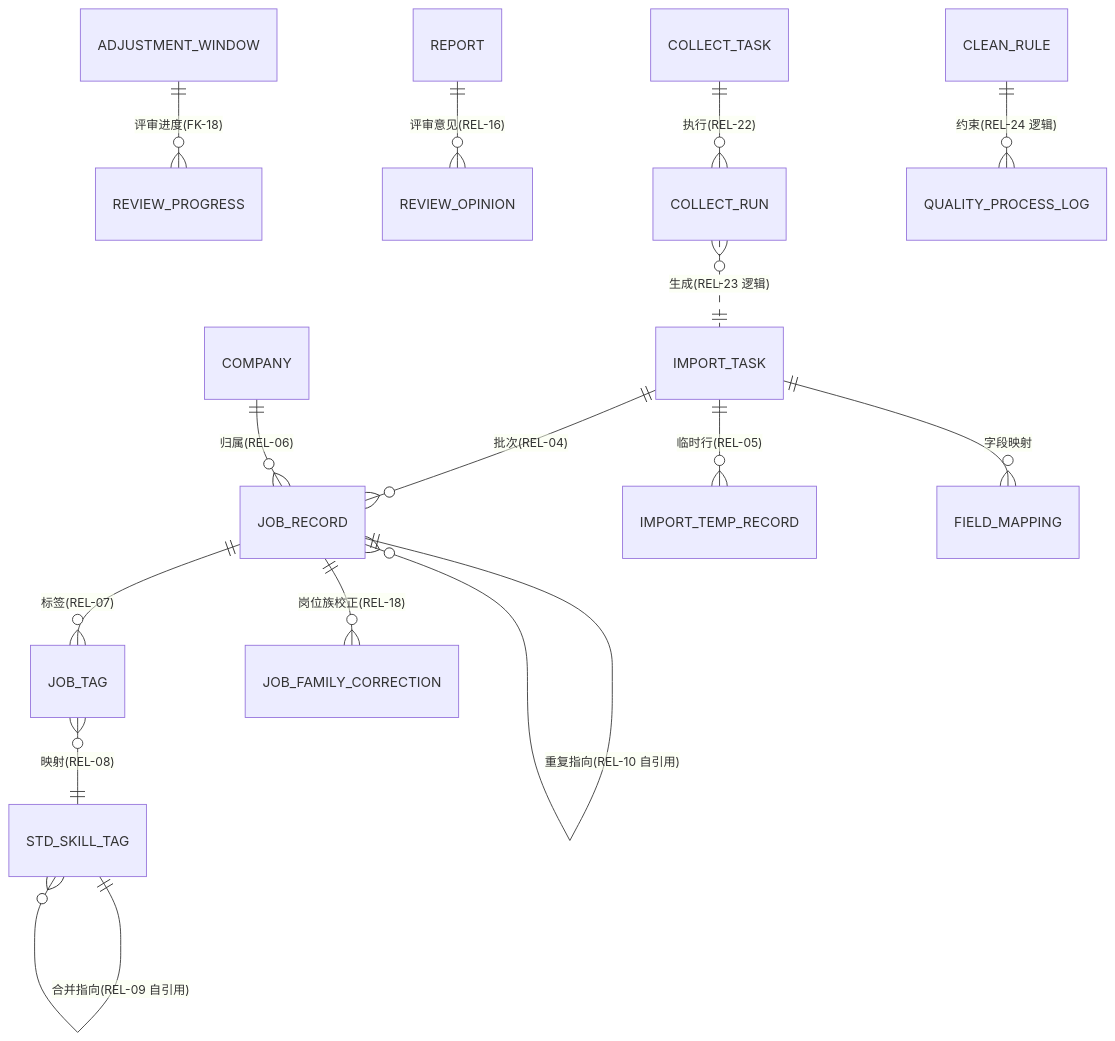
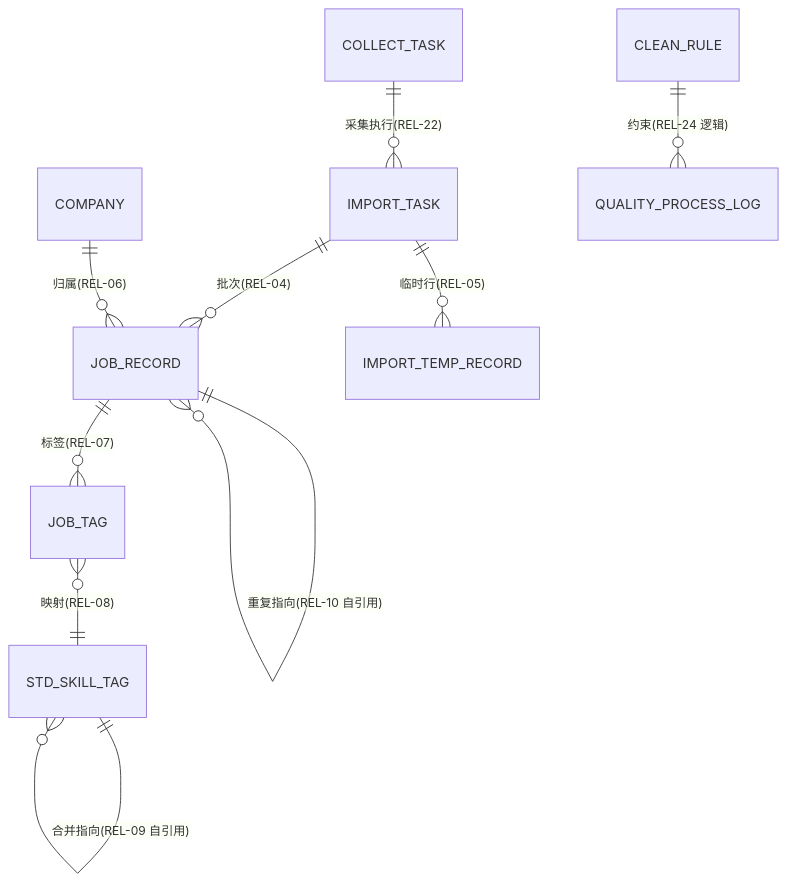
The third of 4 diagrams in db-design.md (yjxHli/AI-Practical-Project), drawn with Mermaid before and after one commit. The commit also changed other lines of this file and 1 other file, not shown here.

````diff
--- a/db-design.md
+++ b/db-design.md
@@ -138,17 +135,12 @@
 ```mermaid
 erDiagram
     IMPORT_TASK ||--o{ JOB_RECORD : "批次(REL-04)"
     IMPORT_TASK ||--o{ IMPORT_TEMP_RECORD : "临时行(REL-05)"
-    IMPORT_TASK ||--o{ FIELD_MAPPING : "字段映射"
     COMPANY ||--o{ JOB_RECORD : "归属(REL-06)"
     JOB_RECORD ||--o{ JOB_TAG : "标签(REL-07)"
-    JOB_RECORD ||--o{ JOB_FAMILY_CORRECTION : "岗位族校正(REL-18)"
     JOB_RECORD ||--o{ JOB_RECORD : "重复指向(REL-10 自引用)"
     JOB_TAG }o--|| STD_SKILL_TAG : "映射(REL-08)"
     STD_SKILL_TAG ||--o{ STD_SKILL_TAG : "合并指向(REL-09 自引用)"
-    ADJUSTMENT_WINDOW ||--o{ REVIEW_PROGRESS : "评审进度(FK-18)"
-    REPORT ||--o{ REVIEW_OPINION : "评审意见(REL-16)"
-    COLLECT_TASK ||--o{ COLLECT_RUN : "执行(REL-22)"
-    COLLECT_RUN }o..|| IMPORT_TASK : "生成(REL-23 逻辑)"
+    COLLECT_TASK ||--o{ IMPORT_TASK : "采集执行(REL-22)"
     CLEAN_RULE ||--o{ QUALITY_PROCESS_LOG : "约束(REL-24 逻辑)"
 ```
````
